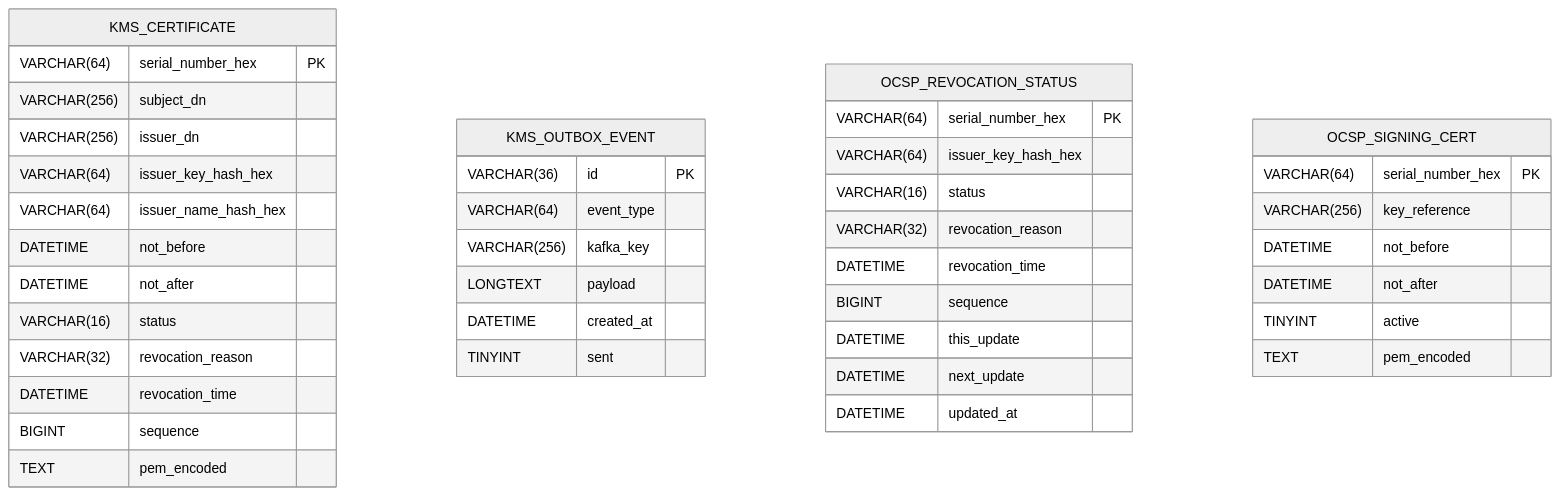
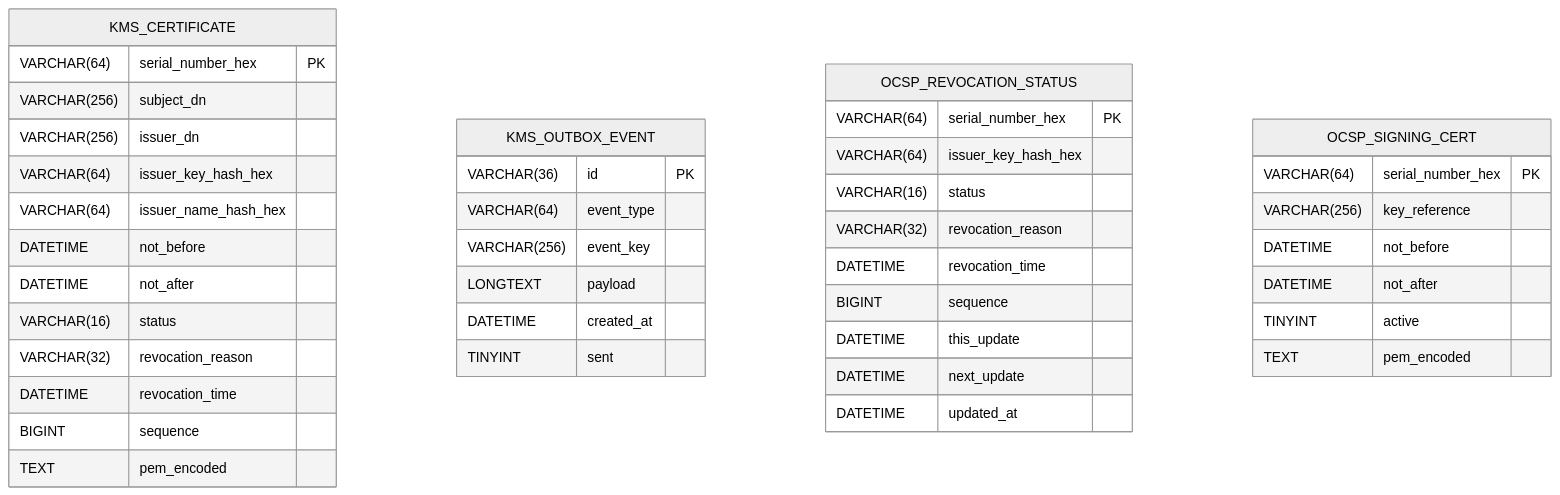
The fifth of 7 diagrams in ARCHITECTURE.md (Majdzapa/OCSP), drawn with Mermaid (neutral theme) before and after one commit. The commit also changed 9 other files, not shown here.

````diff
--- a/ARCHITECTURE.md
+++ b/ARCHITECTURE.md
@@ -257,49 +257,49 @@
 ```mermaid
 erDiagram
     %% KMS Schema
     KMS_CERTIFICATE {
         VARCHAR(64) serial_number_hex PK
         VARCHAR(256) subject_dn
         VARCHAR(256) issuer_dn
         VARCHAR(64) issuer_key_hash_hex
         VARCHAR(64) issuer_name_hash_hex
         DATETIME not_before
         DATETIME not_after
         VARCHAR(16) status
         VARCHAR(32) revocation_reason
         DATETIME revocation_time
         BIGINT sequence
         TEXT pem_encoded
     }
 
     KMS_OUTBOX_EVENT {
         VARCHAR(36) id PK
         VARCHAR(64) event_type
-        VARCHAR(256) kafka_key
+        VARCHAR(256) event_key
         LONGTEXT payload
         DATETIME created_at
         TINYINT sent
     }
 
     %% OCSP Subsystem Schema
     OCSP_REVOCATION_STATUS {
         VARCHAR(64) serial_number_hex PK
         VARCHAR(64) issuer_key_hash_hex
         VARCHAR(16) status
         VARCHAR(32) revocation_reason
         DATETIME revocation_time
         BIGINT sequence
         DATETIME this_update
         DATETIME next_update
         DATETIME updated_at
     }
 
     OCSP_SIGNING_CERT {
         VARCHAR(64) serial_number_hex PK
         VARCHAR(256) key_reference
         DATETIME not_before
         DATETIME not_after
         TINYINT active
         TEXT pem_encoded
     }
 ```
````
